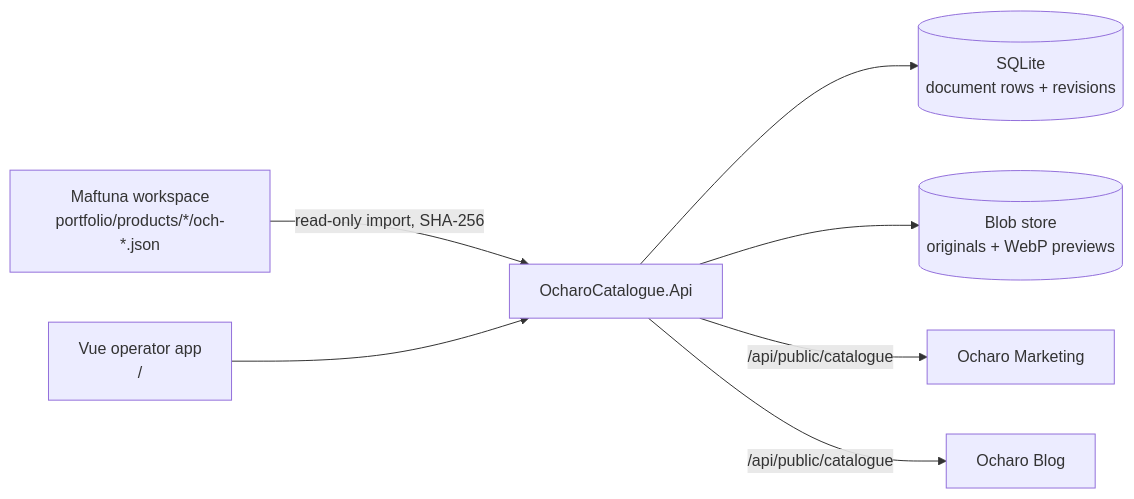
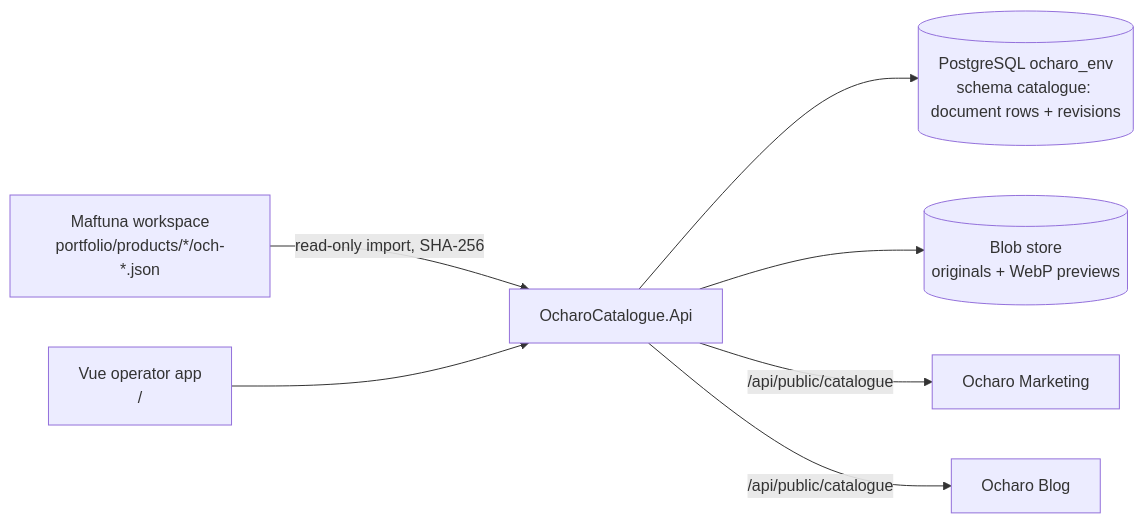
One commit to ocharo-hq/ocharo-platform changed the diagram in engineering/architecture/catalogue/architecture.md. Above: the diagram before and after it, drawn with Mermaid. The commit also changed other lines of this file and 69 other files, not shown here.

Commit message:
feat: moved Catalogue's storage to PostgreSQL with a verified SQLite import

````diff
--- a/engineering/architecture/catalogue/architecture.md
+++ b/engineering/architecture/catalogue/architecture.md
@@ -10,9 +10,9 @@
 ```mermaid
 flowchart LR
   WS[Maftuna workspace<br/>portfolio/products/*/och-*.json] -->|read-only import, SHA-256| API
   UI[Vue operator app<br/>/] --> API[OcharoCatalogue.Api]
-  API --> DB[(SQLite<br/>document rows + revisions)]
+  API --> DB[(PostgreSQL ocharo_env<br/>schema catalogue: document rows + revisions)]
   API --> Blobs[(Blob store<br/>originals + WebP previews)]
   API -->|/api/public/catalogue| MKT[Ocharo Marketing]
   API -->|/api/public/catalogue| BLOG[Ocharo Blog]
 ```
````
